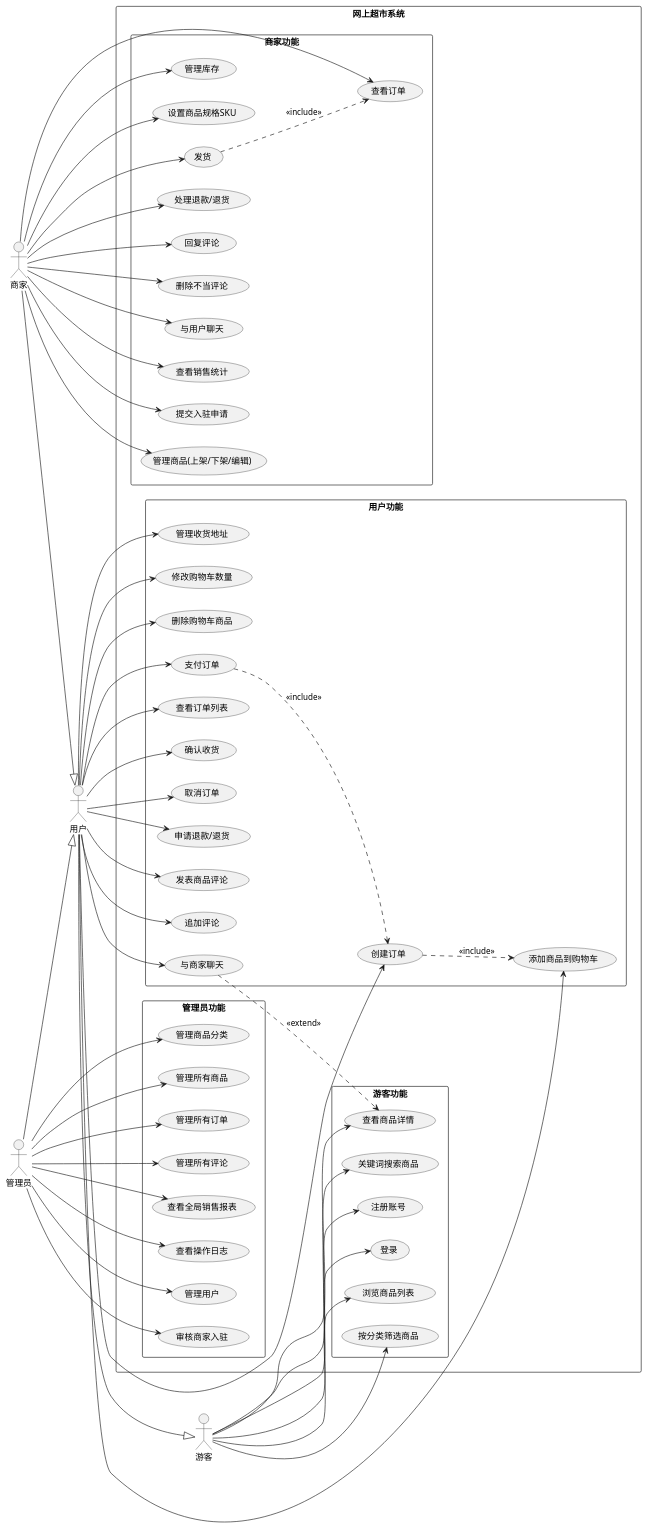
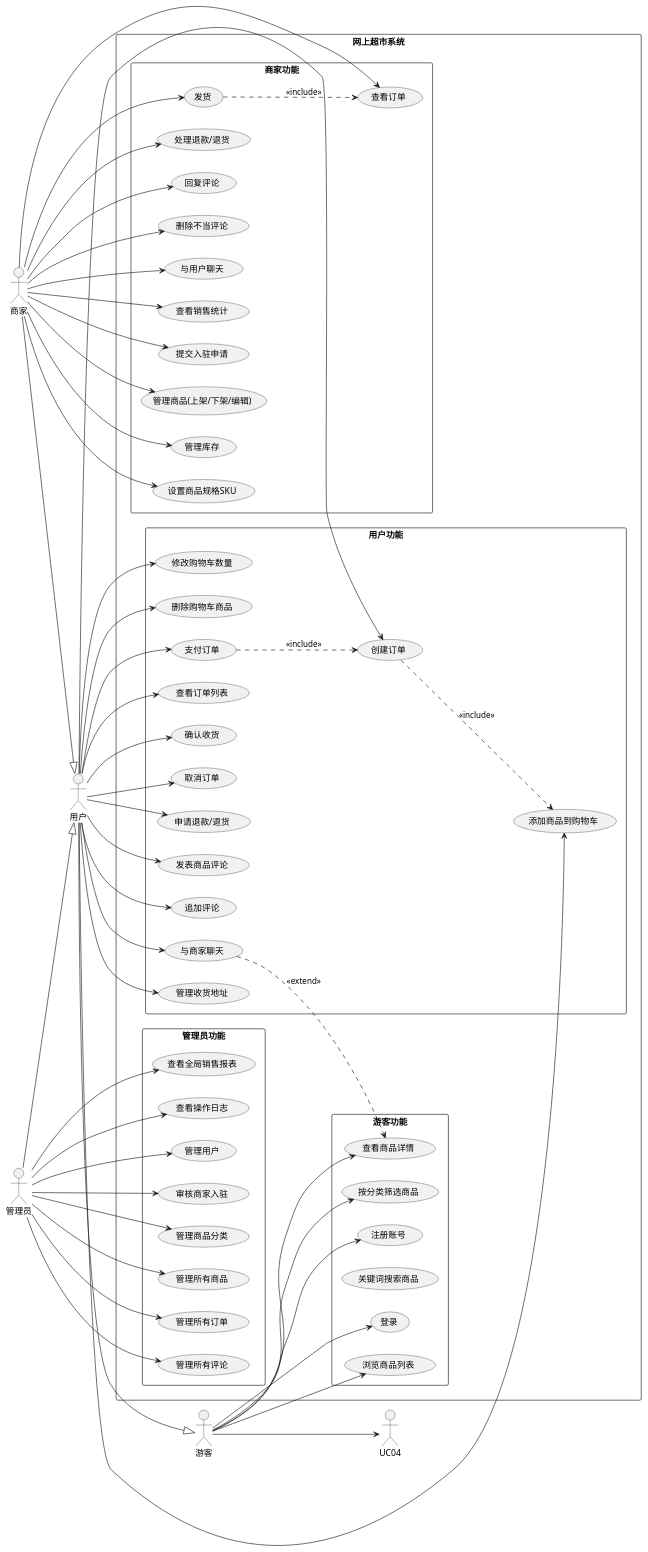
Before and after one commit to KIM406-CMD/chrono: the diagram in uml/uml-usecase.puml, drawn with PlantUML. The commit also changed 11 other files, not shown here.

```diff
--- a/uml/uml-usecase.puml
+++ b/uml/uml-usecase.puml
@@ -1,129 +1,129 @@
 @startuml 用例图
 
 skinparam packageStyle rectangle
 
 left to right direction
 
 actor 游客 as visitor
 actor 用户 as user
 actor 商家 as merchant
 actor 管理员 as admin
 
 rectangle "网上超市系统" {
 
   ' ===== 游客用例 =====
   package "游客功能" {
     usecase "浏览商品列表" as UC01
     usecase "查看商品详情" as UC02
     usecase "按分类筛选商品" as UC03
-    usecase "关键词搜索商品" as UC04
+    usecase "关键词搜索商品" as u
     usecase "注册账号" as UC05
     usecase "登录" as UC06
   }
 
   ' ===== 用户用例 =====
   package "用户功能" {
     usecase "管理收货地址" as UC07
     usecase "添加商品到购物车" as UC08
     usecase "修改购物车数量" as UC09
     usecase "删除购物车商品" as UC10
     usecase "创建订单" as UC11
     usecase "支付订单" as UC12
     usecase "查看订单列表" as UC13
     usecase "确认收货" as UC14
     usecase "取消订单" as UC15
     usecase "申请退款/退货" as UC16
     usecase "发表商品评论" as UC17
     usecase "追加评论" as UC18
     usecase "与商家聊天" as UC19
   }
 
   ' ===== 商家用例 =====
   package "商家功能" {
     usecase "提交入驻申请" as UC20
     usecase "管理商品(上架/下架/编辑)" as UC21
     usecase "管理库存" as UC22
     usecase "设置商品规格SKU" as UC23
     usecase "查看订单" as UC24
     usecase "发货" as UC25
     usecase "处理退款/退货" as UC26
     usecase "回复评论" as UC27
     usecase "删除不当评论" as UC28
     usecase "与用户聊天" as UC29
     usecase "查看销售统计" as UC30
   }
 
   ' ===== 管理员用例 =====
   package "管理员功能" {
     usecase "管理用户" as UC31
     usecase "审核商家入驻" as UC32
     usecase "管理商品分类" as UC33
     usecase "管理所有商品" as UC34
     usecase "管理所有订单" as UC35
     usecase "管理所有评论" as UC36
     usecase "查看全局销售报表" as UC37
     usecase "查看操作日志" as UC38
   }
 }
 
 ' ===== 关系 =====
 visitor --> UC01
 visitor --> UC02
 visitor --> UC03
 visitor --> UC04
 visitor --> UC05
 visitor --> UC06
 
 user --> UC07
 user --> UC08
 user --> UC09
 user --> UC10
 user --> UC11
 user --> UC12
 user --> UC13
 user --> UC14
 user --> UC15
 user --> UC16
 user --> UC17
 user --> UC18
 user --> UC19
 
 merchant --> UC20
 merchant --> UC21
 merchant --> UC22
 merchant --> UC23
 merchant --> UC24
 merchant --> UC25
 merchant --> UC26
 merchant --> UC27
 merchant --> UC28
 merchant --> UC29
 merchant --> UC30
 
 admin --> UC31
 admin --> UC32
 admin --> UC33
 admin --> UC34
 admin --> UC35
 admin --> UC36
 admin --> UC37
 admin --> UC38
 
 ' 用户继承游客
 user --|> visitor
 
 ' 商家继承用户
 merchant --|> user
 
 ' 管理员继承用户
 admin --|> user
 
 ' 支付包含
 UC12 ..> UC11 : <<include>>
 UC11 ..> UC08 : <<include>>
 UC25 ..> UC24 : <<include>>
 
 ' 聊天扩展自查看商品
 UC19 ..> UC02 : <<extend>>
 
 @enduml
```
